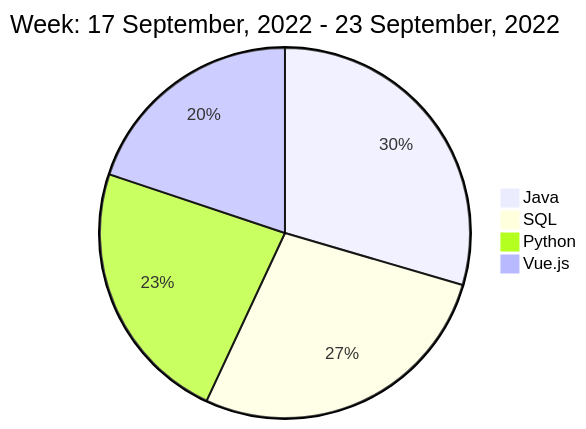
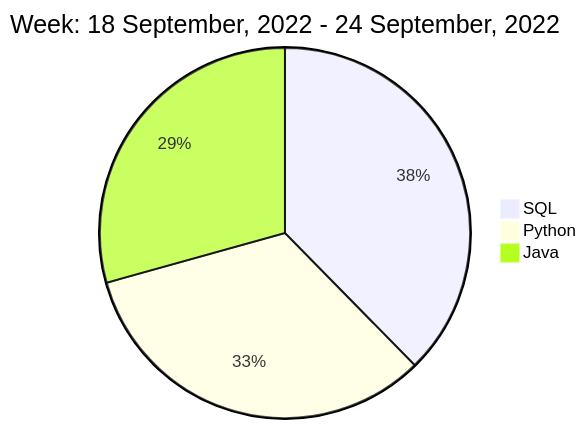
One commit to liubin95/liubin95 changed the diagram in README.md. Above: the diagram before and after it, drawn with Mermaid.

Commit message:
Updated the Graph with new Metrics

````diff
--- a/README.md
+++ b/README.md
@@ -40,8 +40,7 @@
 ```mermaid
  pie
-title Week: 17 September, 2022 - 23 September, 2022
- "Java" : 2.23
- "SQL" : 2.07
- "Python" : 1.75
- "Vue.js" : 1.5
+title Week: 18 September, 2022 - 24 September, 2022
+ "SQL" : 2.85
+ "Python" : 2.5
+ "Java" : 2.22
 ```
````
